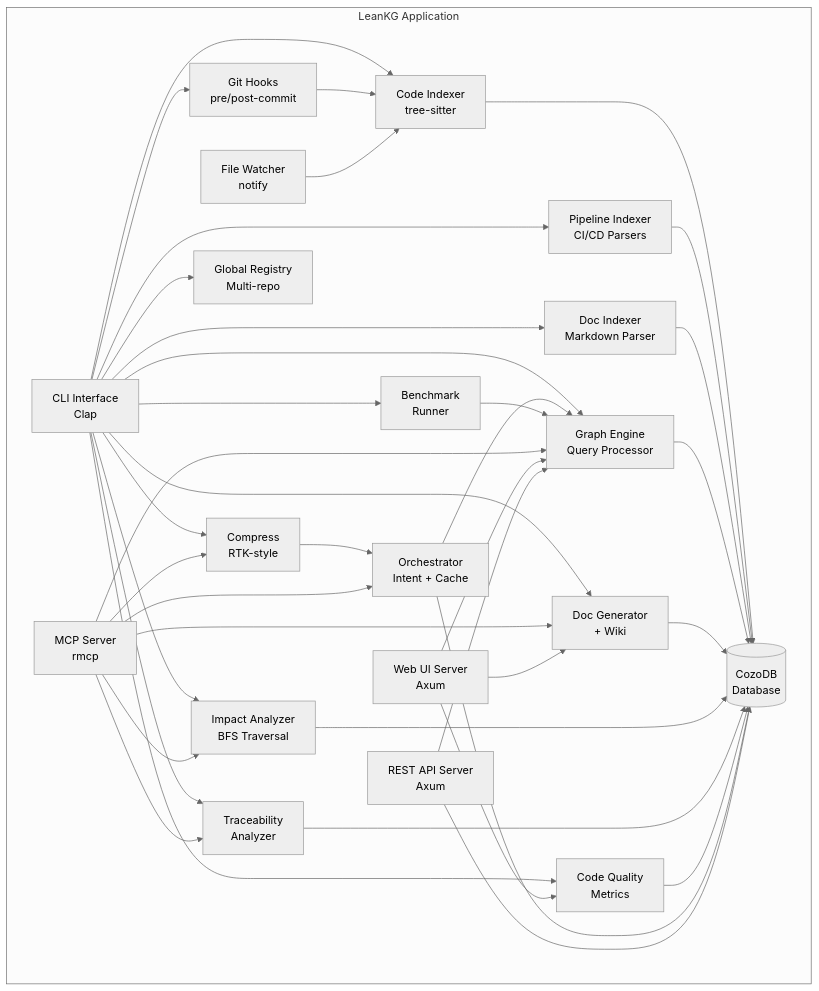
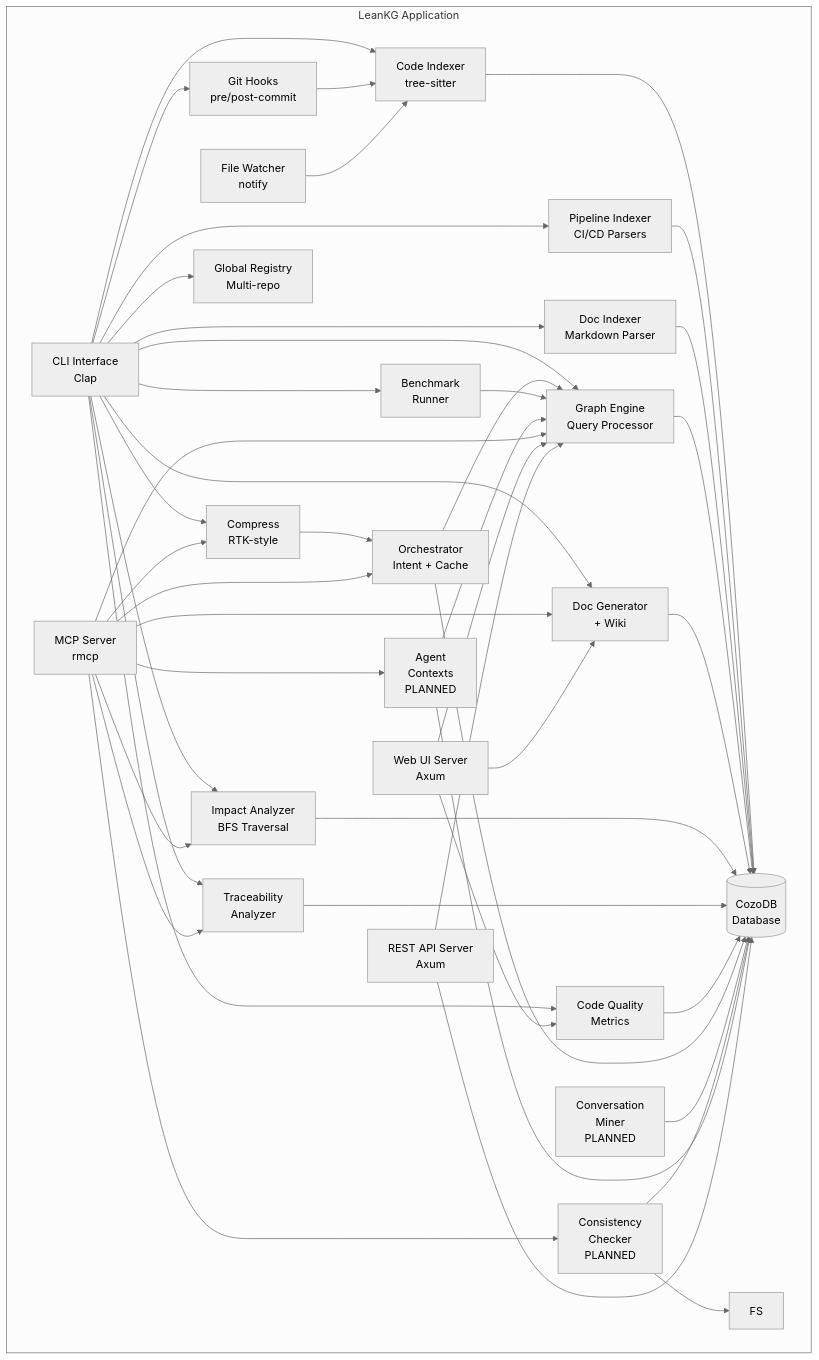
The second of 12 diagrams in docs/erd.md (FreePeak/LeanKG), drawn with Mermaid (neutral theme) before and after one commit. The commit also changed other lines of this file and 3 other files, not shown here.

````diff
--- a/docs/erd.md
+++ b/docs/erd.md
@@ -99,68 +110,78 @@
 ```mermaid
 graph TB
     subgraph "LeanKG Application"
         CLI[CLI Interface<br/>Clap]
         MCP[MCP Server<br/>rmcp]
         Web[Web UI Server<br/>Axum]
         API[REST API Server<br/>Axum]
         
         Indexer[Code Indexer<br/>tree-sitter]
         PipeIdx[Pipeline Indexer<br/>CI/CD Parsers]
         DocIdx[Doc Indexer<br/>Markdown Parser]
         Graph[Graph Engine<br/>Query Processor]
         DocGen[Doc Generator<br/>+ Wiki]
         Watcher[File Watcher<br/>notify]
         Impact[Impact Analyzer<br/>BFS Traversal]
         Trace[Traceability<br/>Analyzer]
         Qual[Code Quality<br/>Metrics]
         Compress[Compress<br/>RTK-style]
         Orch[Orchestrator<br/>Intent + Cache]
         Hooks[Git Hooks<br/>pre/post-commit]
         Bench[Benchmark<br/>Runner]
         Registry[Global Registry<br/>Multi-repo]
+        Conv[Conversation<br/>Miner<br/>PLANNED]
+        Consist[Consistency<br/>Checker<br/>PLANNED]
+        Agents[Agent<br/>Contexts<br/>PLANNED]
 
         DB[(CozoDB<br/>Database)]
 
         CLI --> Indexer
         CLI --> PipeIdx
         CLI --> DocIdx
         CLI --> Graph
         CLI --> DocGen
         CLI --> Impact
         CLI --> Trace
         CLI --> Qual
         CLI --> Compress
         CLI --> Hooks
         CLI --> Bench
         CLI --> Registry
 
         Indexer --> DB
         PipeIdx --> DB
         DocIdx --> DB
         Graph --> DB
         DocGen --> DB
         Impact --> DB
         Trace --> DB
         Qual --> DB
         Compress --> Orch
         Orch --> Graph
         Orch --> DB
         Hooks --> Indexer
         Watcher --> Indexer
         Bench --> Graph
+        Conv --> DB
+        Consist --> DB
+        Consist --> FS
+        Agents --> Graph
+        Agents --> DB
         
         MCP --> Graph
         MCP --> DocGen
         MCP --> Impact
         MCP --> Trace
         MCP --> Compress
         MCP --> Orch
+        MCP --> Consist
+        MCP --> Agents
         
         Web --> Graph
         Web --> DocGen
         Web --> Qual
         
         API --> Graph
         API --> DB
     end
 ```
````
